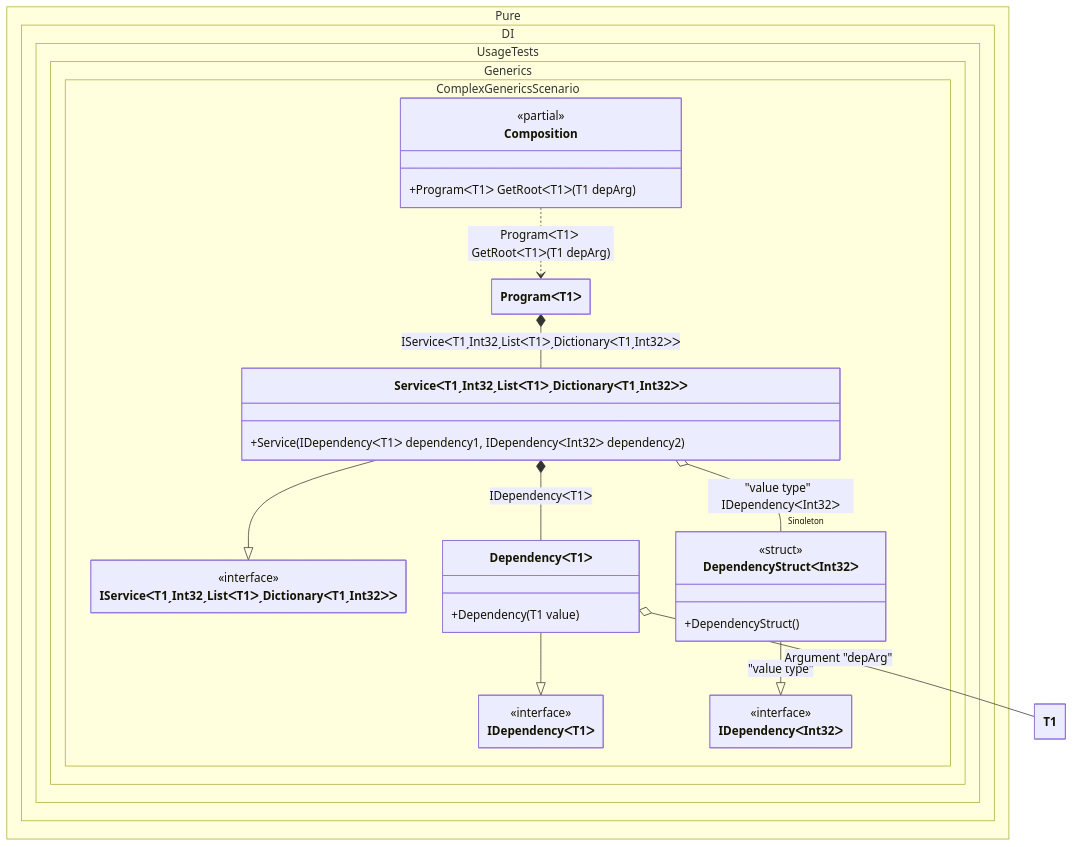
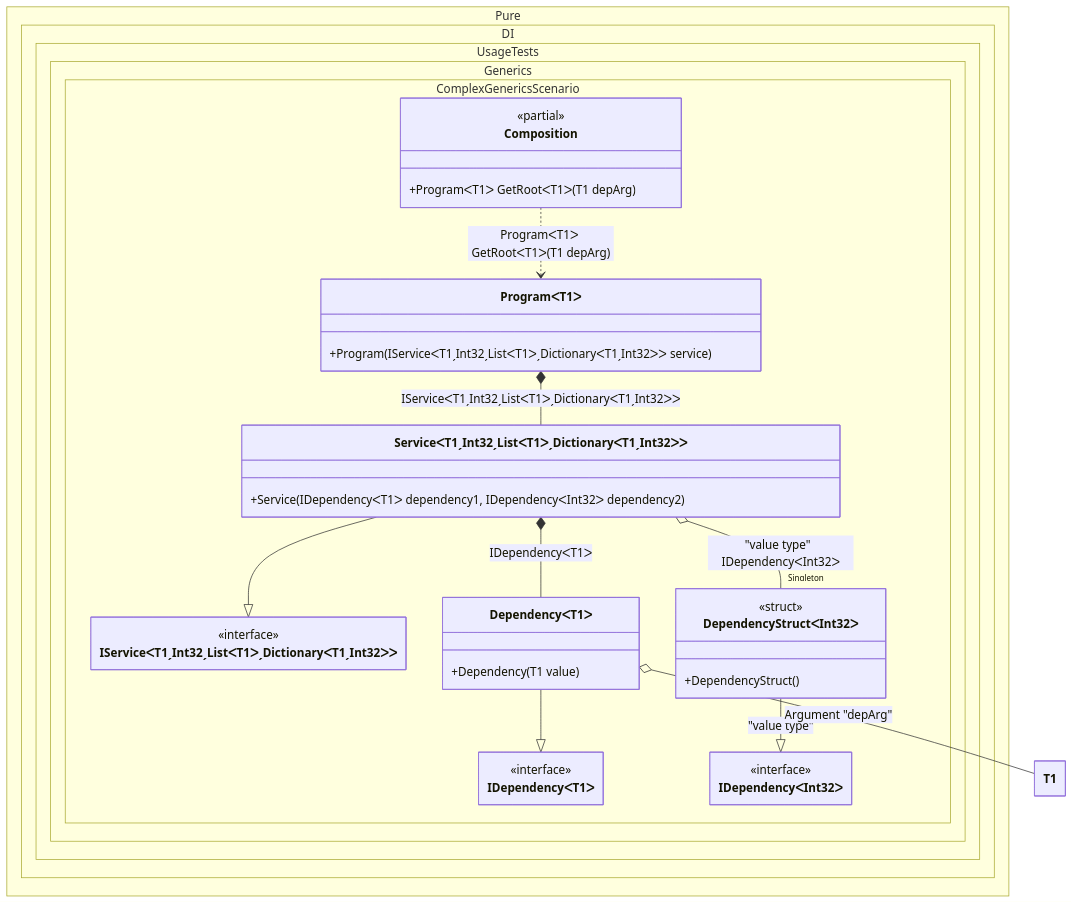
The diagram in readme/complex-generics.md (DevTeam/Pure.DI), drawn with Mermaid before and after one commit. The commit also changed 113 other files, not shown here.

````diff
--- a/readme/complex-generics.md
+++ b/readme/complex-generics.md
@@ -146,43 +146,44 @@
 ```mermaid
 ---
  config:
   class:
    hideEmptyMembersBox: true
 ---
 classDiagram
 	ServiceᐸT1ˏInt32ˏListᐸT1ᐳˏDictionaryᐸT1ˏInt32ᐳᐳ --|> IServiceᐸT1ˏInt32ˏListᐸT1ᐳˏDictionaryᐸT1ˏInt32ᐳᐳ
 	DependencyᐸT1ᐳ --|> IDependencyᐸT1ᐳ
 	DependencyStructᐸInt32ᐳ --|> IDependencyᐸInt32ᐳ : "value type" 
 	Composition ..> ProgramᐸT1ᐳ : ProgramᐸT1ᐳ GetRootᐸT1ᐳ(T1 depArg)
 	ProgramᐸT1ᐳ *--  ServiceᐸT1ˏInt32ˏListᐸT1ᐳˏDictionaryᐸT1ˏInt32ᐳᐳ : IServiceᐸT1ˏInt32ˏListᐸT1ᐳˏDictionaryᐸT1ˏInt32ᐳᐳ
 	ServiceᐸT1ˏInt32ˏListᐸT1ᐳˏDictionaryᐸT1ˏInt32ᐳᐳ *--  DependencyᐸT1ᐳ : IDependencyᐸT1ᐳ
 	ServiceᐸT1ˏInt32ˏListᐸT1ᐳˏDictionaryᐸT1ˏInt32ᐳᐳ o-- "Singleton" DependencyStructᐸInt32ᐳ : "value type"  IDependencyᐸInt32ᐳ
 	DependencyᐸT1ᐳ o-- T1 : Argument "depArg"
 	namespace Pure.DI.UsageTests.Generics.ComplexGenericsScenario {
 		class Composition {
 		<<partial>>
 		+ProgramᐸT1ᐳ GetRootᐸT1ᐳ(T1 depArg)
 		}
 		class DependencyStructᐸInt32ᐳ {
 				<<struct>>
 			+DependencyStruct()
 		}
 		class DependencyᐸT1ᐳ {
 			+Dependency(T1 value)
 		}
 		class IDependencyᐸInt32ᐳ {
 			<<interface>>
 		}
 		class IDependencyᐸT1ᐳ {
 			<<interface>>
 		}
 		class IServiceᐸT1ˏInt32ˏListᐸT1ᐳˏDictionaryᐸT1ˏInt32ᐳᐳ {
 			<<interface>>
 		}
 		class ProgramᐸT1ᐳ {
+			+Program(IServiceᐸT1ˏInt32ˏListᐸT1ᐳˏDictionaryᐸT1ˏInt32ᐳᐳ service)
 		}
 		class ServiceᐸT1ˏInt32ˏListᐸT1ᐳˏDictionaryᐸT1ˏInt32ᐳᐳ {
 			+Service(IDependencyᐸT1ᐳ dependency1, IDependencyᐸInt32ᐳ dependency2)
 		}
 	}
 ```
````
